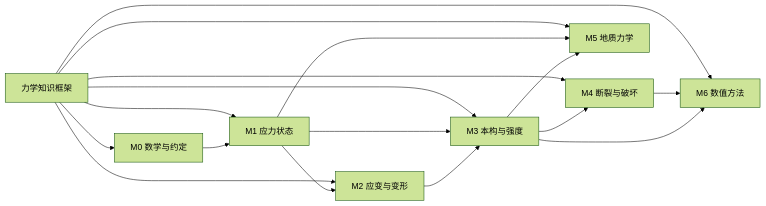
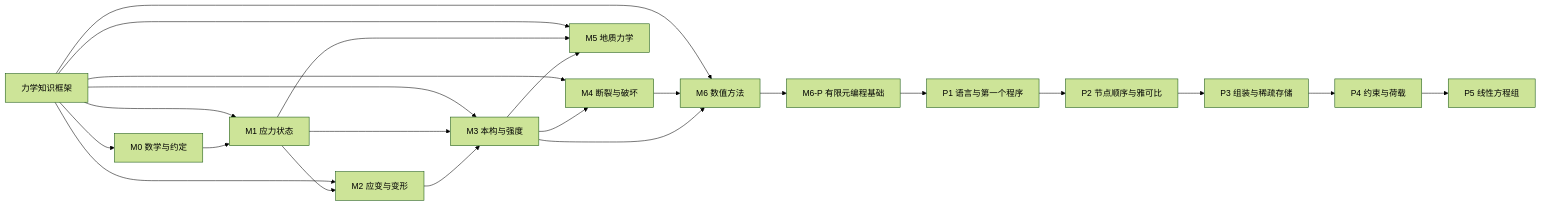
The first of 2 diagrams in knowledge-graph/README.md (Flyme-wang/geo-stress-study), drawn with Mermaid (forest theme) before and after one commit. The commit also changed other lines of this file and 22 other files, not shown here.

````diff
--- a/knowledge-graph/README.md
+++ b/knowledge-graph/README.md
@@ -43,20 +43,22 @@
 ```mermaid
 graph LR
   N0[力学知识框架] --> M0[M0 数学与约定]
   N0 --> M1[M1 应力状态]
   N0 --> M2[M2 应变与变形]
   N0 --> M3[M3 本构与强度]
   N0 --> M4[M4 断裂与破坏]
   N0 --> M5[M5 地质力学]
   N0 --> M6[M6 数值方法]
 
   M0 --> M1
   M1 --> M2
   M1 --> M3
   M2 --> M3
   M3 --> M4
   M1 --> M5
   M3 --> M5
   M4 --> M6
   M3 --> M6
+  M6 --> P[M6-P 有限元编程基础]
+  P --> P1[P1 语言与第一个程序] --> P2[P2 节点顺序与雅可比] --> P3[P3 组装与稀疏存储] --> P4[P4 约束与荷载] --> P5[P5 线性方程组]
 ```
````
